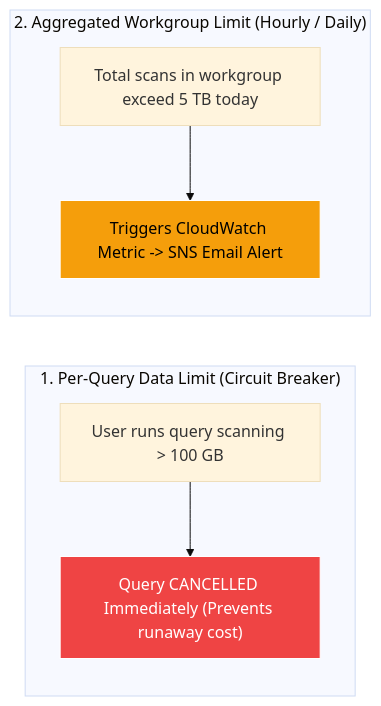
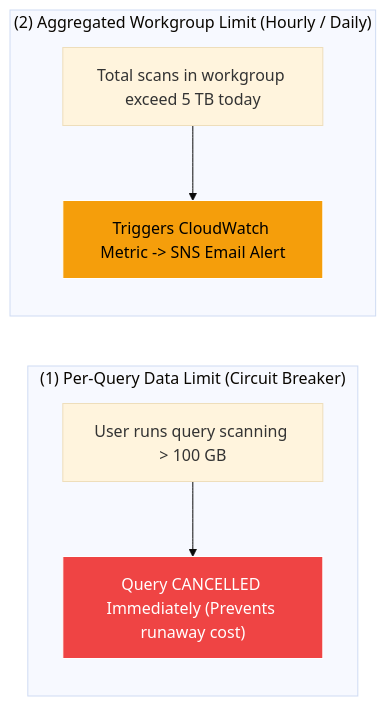
The second of 2 diagrams in content/en/02-services/analytics-streaming/athena/athena-workgroups.md (Wathon/aws-dea-c01-note), drawn with Mermaid (base theme) before and after one commit. The commit also changed 49 other files, not shown here.

Commit message:
Fix 'Unsupported markdown: list' Mermaid rendering issues across all English and Burmese notes

````diff
--- a/content/en/02-services/analytics-streaming/athena/athena-workgroups.md
+++ b/content/en/02-services/analytics-streaming/athena/athena-workgroups.md
@@ -76,16 +76,16 @@
 ```mermaid
 graph LR
-    subgraph PerQueryThreshold["1. Per-Query Data Limit (Circuit Breaker)"]
+    subgraph PerQueryThreshold["(1) Per-Query Data Limit (Circuit Breaker)"]
         Q1["User runs query scanning > 100 GB"] --> Action1["Query CANCELLED Immediately (Prevents runaway cost)"]
     end
 
-    subgraph AggregatedLimit["2. Aggregated Workgroup Limit (Hourly / Daily)"]
+    subgraph AggregatedLimit["(2) Aggregated Workgroup Limit (Hourly / Daily)"]
         Q2["Total scans in workgroup exceed 5 TB today"] --> Action2["Triggers CloudWatch Metric -> SNS Email Alert"]
     end
 
     classDef alert fill:#ef4444,stroke:#fff,stroke-width:1px,color:#fff;
     classDef warn fill:#f59e0b,stroke:#fff,stroke-width:1px,color:#000;
 
     class Action1 alert;
     class Action2 warn;
 ```
````
